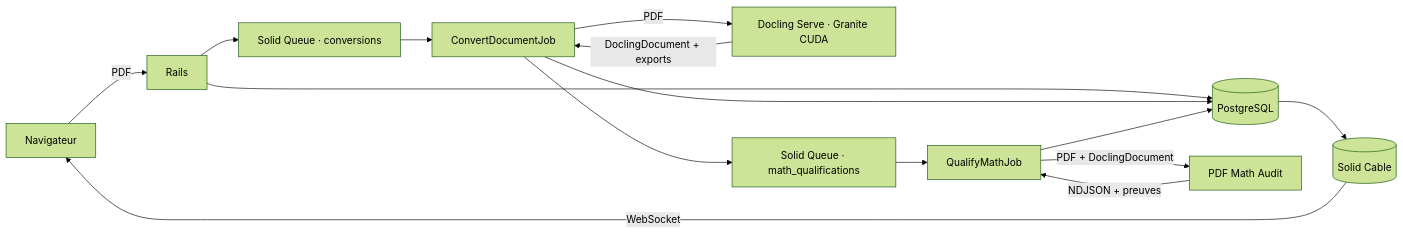
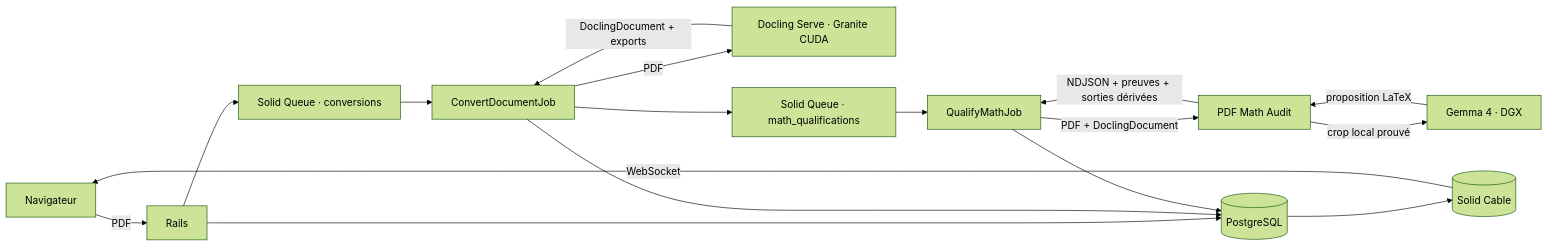
The diagram in PROCESS.md (toba75/chatbot_trading), drawn with Mermaid (forest theme) before and after one commit. The commit also changed other lines of this file and 217 other files, not shown here.

````diff
--- a/PROCESS.md
+++ b/PROCESS.md
@@ -6,17 +6,19 @@
 ```mermaid
 flowchart LR
     U["Navigateur"] -->|"PDF"| R["Rails"]
     R --> P[("PostgreSQL")]
     R --> CQ["Solid Queue · conversions"]
     CQ --> C["ConvertDocumentJob"]
     C -->|"PDF"| D["Docling Serve · Granite CUDA"]
     D -->|"DoclingDocument + exports"| C
     C --> P
     C --> MQ["Solid Queue · math_qualifications"]
     MQ --> M["QualifyMathJob"]
     M -->|"PDF + DoclingDocument"| A["PDF Math Audit"]
-    A -->|"NDJSON + preuves"| M
+    A -->|"crop local prouvé"| G["Gemma 4 · DGX"]
+    G -->|"proposition LaTeX"| A
+    A -->|"NDJSON + preuves + sorties dérivées"| M
     M --> P
     P --> SC[("Solid Cable")]
     SC -->|"WebSocket"| U
 ```
````
